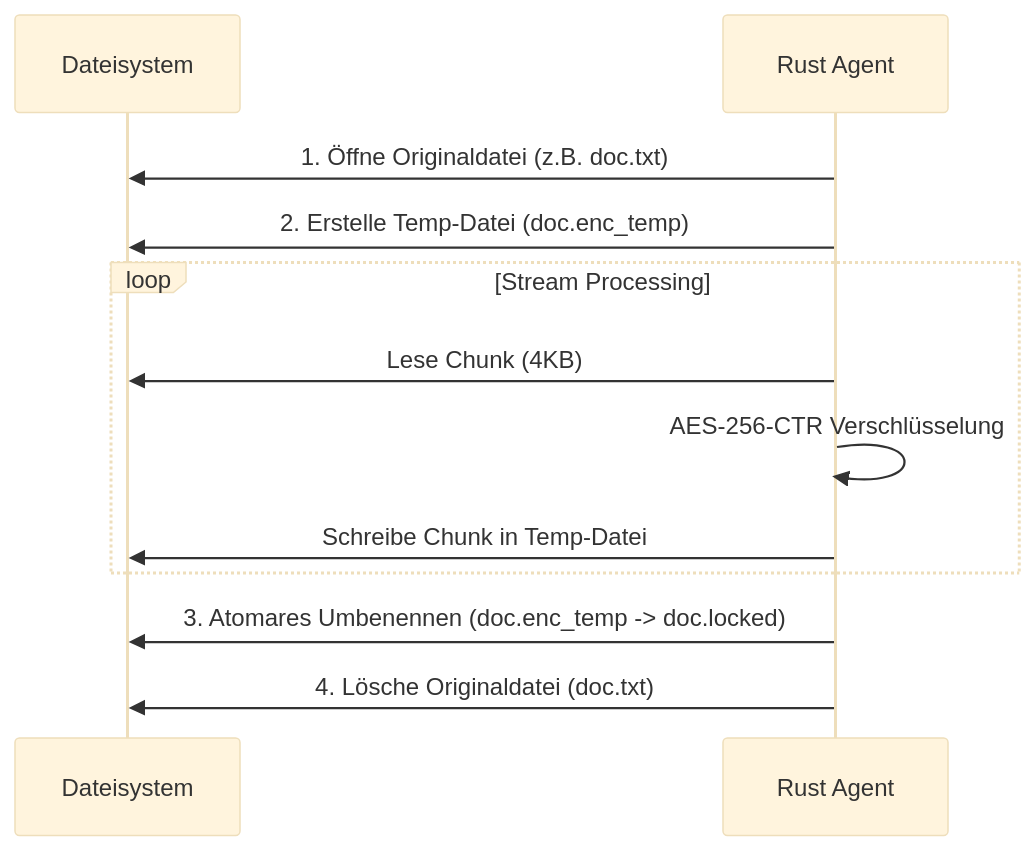
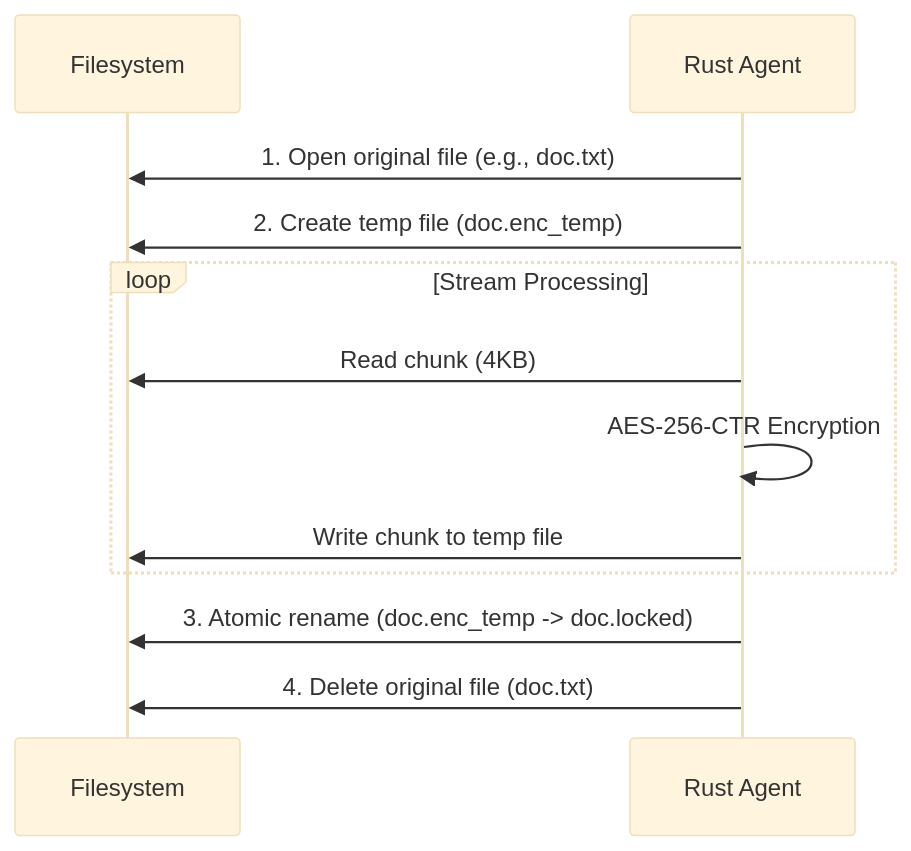
One commit to TimBLukas/rust-mw changed the second of 2 diagrams in Readme.md. Above: the diagram before and after it, drawn with Mermaid (base theme). The commit also changed other lines of this file and 1 other file, not shown here.

````diff
--- a/Readme.md
+++ b/Readme.md
@@ -55,15 +80,15 @@
 ```mermaid
 sequenceDiagram
-    participant FS as Dateisystem
+    participant FS as Filesystem
     participant Agent as Rust Agent
 
-    Agent->>FS: 1. Öffne Originaldatei (z.B. doc.txt)
-    Agent->>FS: 2. Erstelle Temp-Datei (doc.enc_temp)
+    Agent->>FS: 1. Open original file (e.g., doc.txt)
+    Agent->>FS: 2. Create temp file (doc.enc_temp)
     loop Stream Processing
-        Agent->>FS: Lese Chunk (4KB)
-        Agent->>Agent: AES-256-CTR Verschlüsselung
-        Agent->>FS: Schreibe Chunk in Temp-Datei
+        Agent->>FS: Read chunk (4KB)
+        Agent->>Agent: AES-256-CTR Encryption
+        Agent->>FS: Write chunk to temp file
     end
-    Agent->>FS: 3. Atomares Umbenennen (doc.enc_temp -> doc.locked)
-    Agent->>FS: 4. Lösche Originaldatei (doc.txt)
+    Agent->>FS: 3. Atomic rename (doc.enc_temp -> doc.locked)
+    Agent->>FS: 4. Delete original file (doc.txt)
 ```
````
